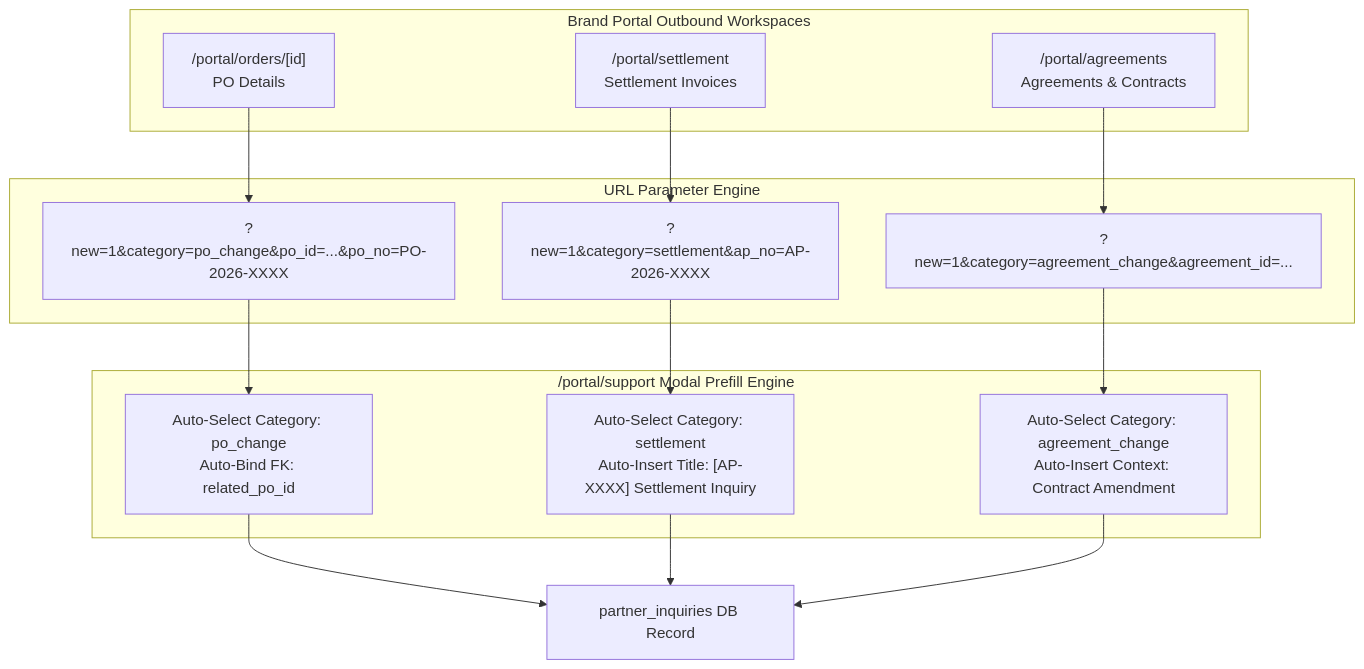
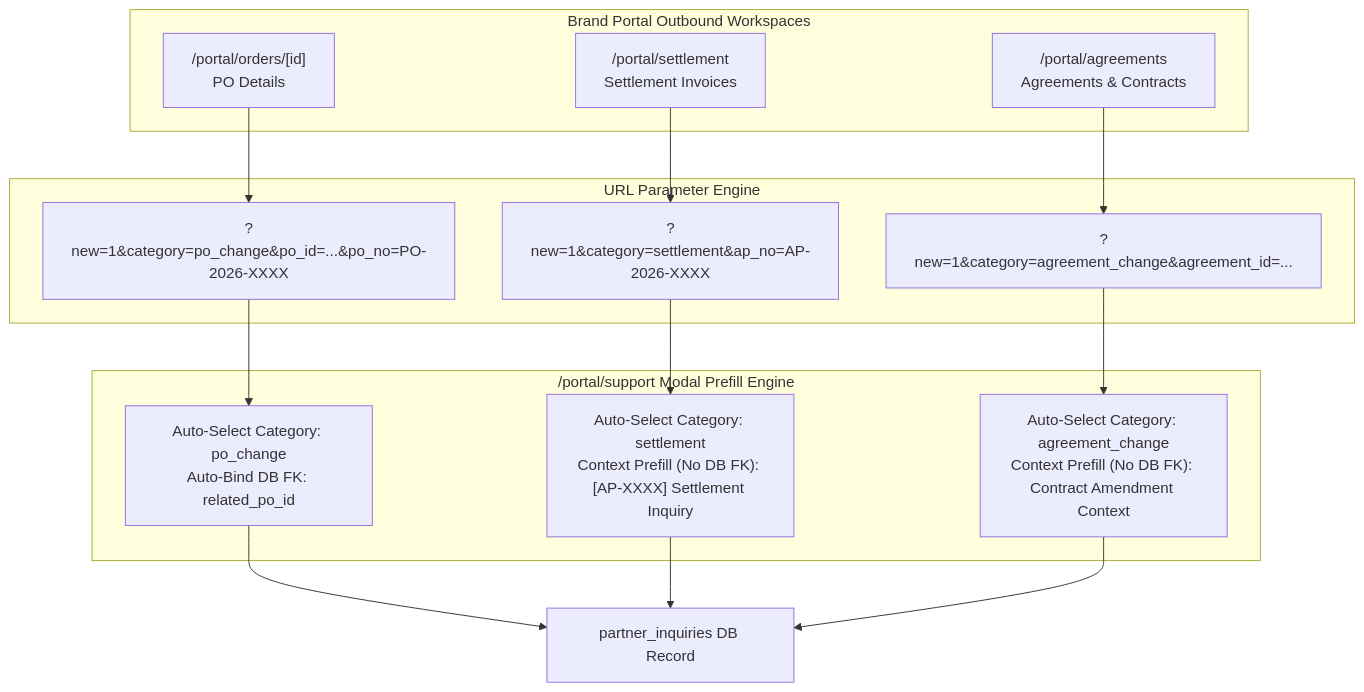
The fifth of 7 diagrams in Manuals/MAN-B-TASK-001_Task-Communication/02_CLAUDE_PACKAGE/03_DIAGRAMS/TASK_COMMUNICATION_ARCHITECTURE_DIAGRAMS.md (chaehahm-Kr/KBGP-Portal), drawn with Mermaid before and after one commit. The commit also changed other lines of this file and 6 other files, not shown here.

````diff
--- a/Manuals/MAN-B-TASK-001_Task-Communication/02_CLAUDE_PACKAGE/03_DIAGRAMS/TASK_COMMUNICATION_ARCHITECTURE_DIAGRAMS.md
+++ b/Manuals/MAN-B-TASK-001_Task-Communication/02_CLAUDE_PACKAGE/03_DIAGRAMS/TASK_COMMUNICATION_ARCHITECTURE_DIAGRAMS.md
@@ -156,26 +157,26 @@
 ```mermaid
 graph TD
     subgraph OutboundPages["Brand Portal Outbound Workspaces"]
         PO["/portal/orders/[id]<br/>PO Details"]
         SETTLE["/portal/settlement<br/>Settlement Invoices"]
         AGREE["/portal/agreements<br/>Agreements & Contracts"]
     end
 
     subgraph DeepLinkParams["URL Parameter Engine"]
         P1["?new=1&category=po_change&po_id=...&po_no=PO-2026-XXXX"]
         P2["?new=1&category=settlement&ap_no=AP-2026-XXXX"]
         P3["?new=1&category=agreement_change&agreement_id=..."]
     end
 
     subgraph InflowHandler["/portal/support Modal Prefill Engine"]
-        M1["Auto-Select Category: po_change<br/>Auto-Bind FK: related_po_id"]
-        M2["Auto-Select Category: settlement<br/>Auto-Insert Title: [AP-XXXX] Settlement Inquiry"]
-        M3["Auto-Select Category: agreement_change<br/>Auto-Insert Context: Contract Amendment"]
+        M1["Auto-Select Category: po_change<br/>Auto-Bind DB FK: related_po_id"]
+        M2["Auto-Select Category: settlement<br/>Context Prefill (No DB FK): [AP-XXXX] Settlement Inquiry"]
+        M3["Auto-Select Category: agreement_change<br/>Context Prefill (No DB FK): Contract Amendment Context"]
     end
 
     PO --> P1 --> M1
     SETTLE --> P2 --> M2
     AGREE --> P3 --> M3
 
     M1 & M2 & M3 --> TargetCase["partner_inquiries DB Record"]
 ```
````
